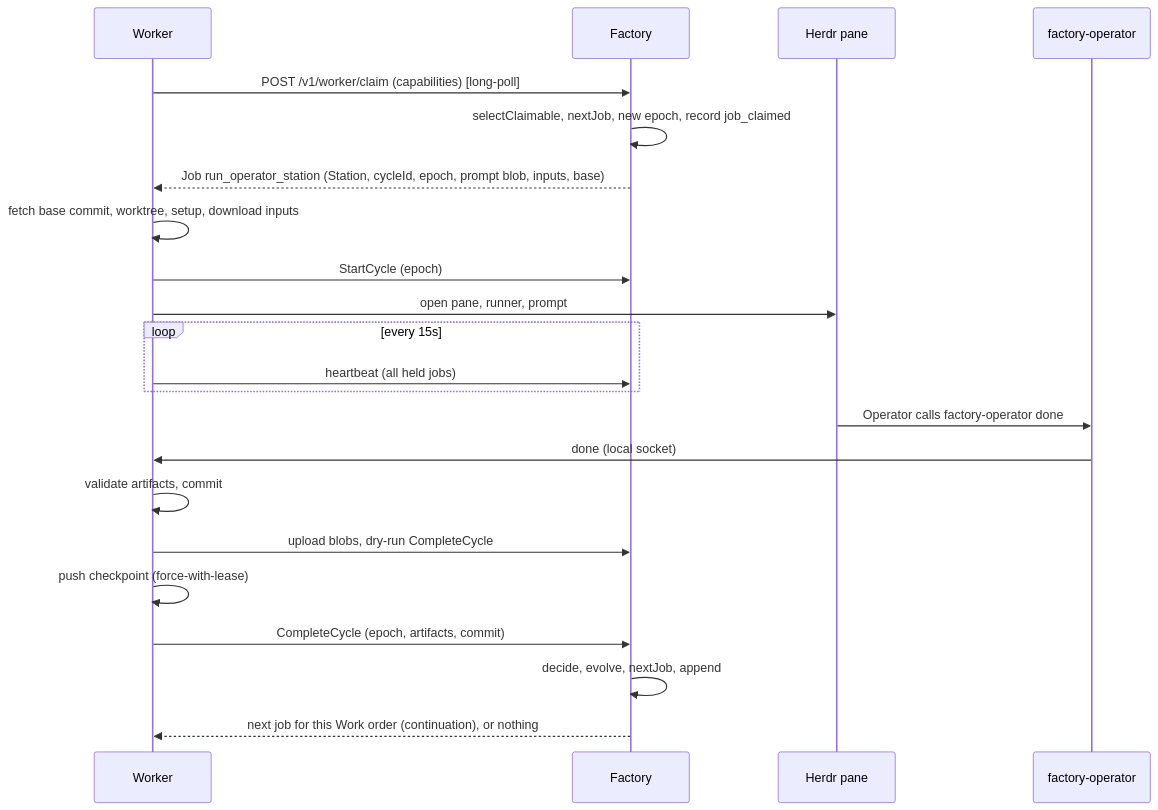
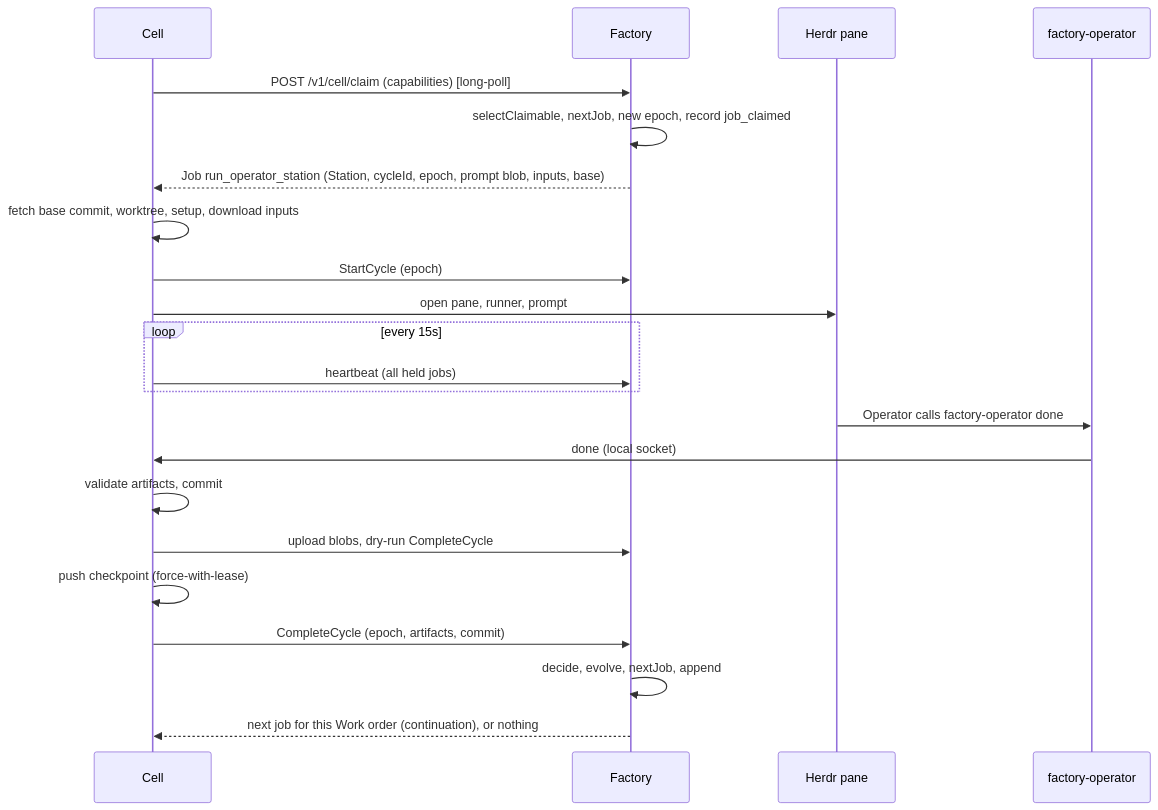
The fifth of 8 diagrams in docs/PLAN.md (xyashino/software-factory), drawn with Mermaid before and after one commit. The commit also changed other lines of this file and 10 other files, not shown here.

````diff
--- a/docs/PLAN.md
+++ b/docs/PLAN.md
@@ -183,24 +183,24 @@
 ```mermaid
 sequenceDiagram
-  participant C as Worker
+  participant C as Cell
   participant S as Factory
   participant H as Herdr pane
   participant O as factory-operator
-  C->>S: POST /v1/worker/claim (capabilities)  [long-poll]
+  C->>S: POST /v1/cell/claim (capabilities)  [long-poll]
   S->>S: selectClaimable, nextJob, new epoch, record job_claimed
   S-->>C: Job run_operator_station (Station, cycleId, epoch, prompt blob, inputs, base)
   C->>C: fetch base commit, worktree, setup, download inputs
   C->>S: StartCycle (epoch)
   C->>H: open pane, runner, prompt
   loop every 15s
     C->>S: heartbeat (all held jobs)
   end
   H->>O: Operator calls factory-operator done
   O->>C: done (local socket)
   C->>C: validate artifacts, commit
   C->>S: upload blobs, dry-run CompleteCycle
   C->>C: push checkpoint (force-with-lease)
   C->>S: CompleteCycle (epoch, artifacts, commit)
   S->>S: decide, evolve, nextJob, append
   S-->>C: next job for this Work order (continuation), or nothing
 ```
````
